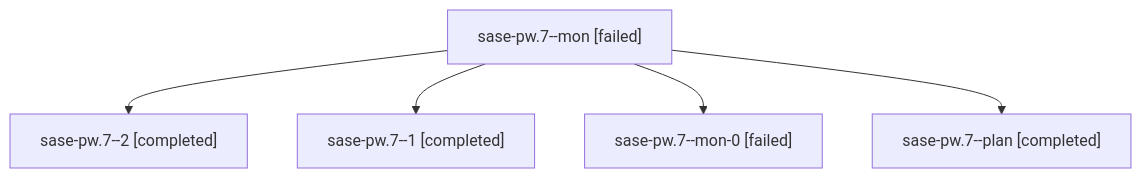
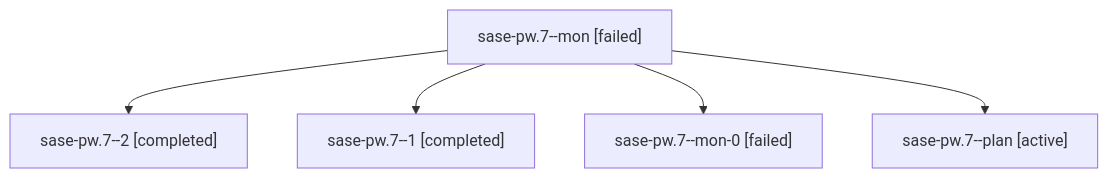
Before and after one commit to sase-org/sase--agents: the diagram in families/bbugyi200.athena.sase-pw.7.md, drawn with Mermaid. The commit also changed other lines of this file and 35830 other files, not shown here.

````diff
--- a/families/bbugyi200.athena.sase-pw.7.md
+++ b/families/bbugyi200.athena.sase-pw.7.md
@@ -9,12 +9,12 @@
 ```mermaid
 flowchart TD
   n0["sase-pw.7--mon [failed]"]
   n1["sase-pw.7--2 [completed]"]
   n0 --> n1
   n2["sase-pw.7--1 [completed]"]
   n0 --> n2
   n3["sase-pw.7--mon-0 [failed]"]
   n0 --> n3
-  n4["sase-pw.7--plan [completed]"]
+  n4["sase-pw.7--plan [active]"]
   n0 --> n4
 ```
````
